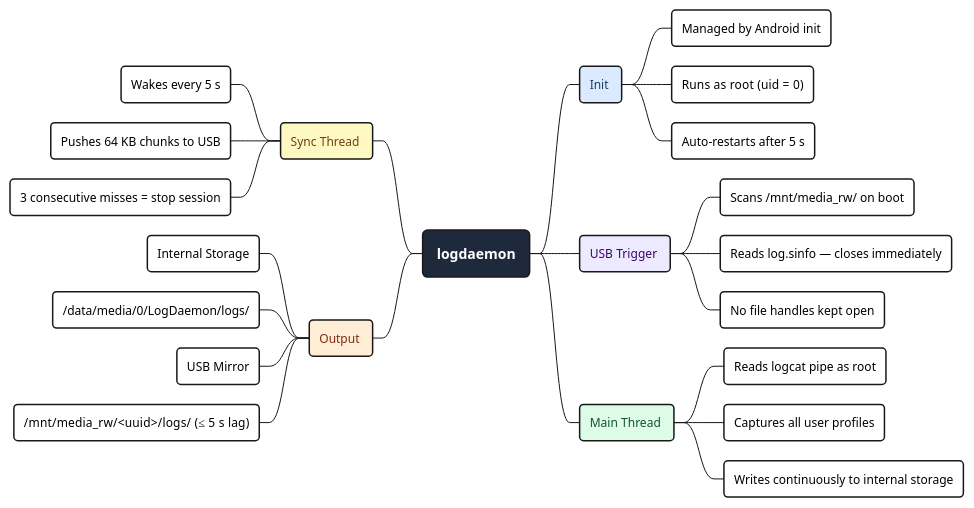
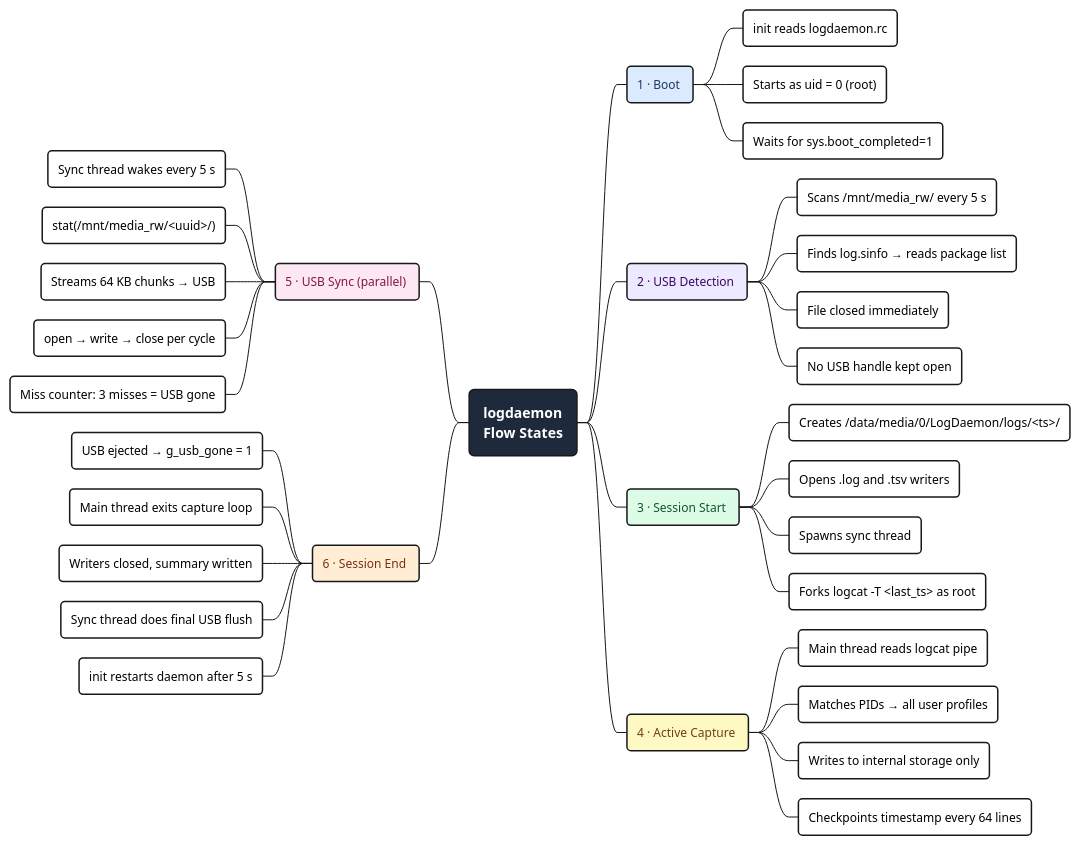
One commit to katnoriaaayush/Android-Logger changed the first of 3 diagrams in docs/logv4-init-daemon.md. Above: the diagram before and after it, drawn with PlantUML.

Commit message:
docs: restructure architecture mindmap as sequential flow states
Replace component-based mindmap branches with 6 numbered operational
phases (Boot → USB Detection → Session Start → Active Capture →
USB Sync → Session End) so the diagram conveys what happens and in
what order rather than just what components exist.

https://claude.ai/code/session_017UjXrA7gezLmRqn47XC1Z3

````diff
--- a/docs/logv4-init-daemon.md
+++ b/docs/logv4-init-daemon.md
@@ -41,27 +41,32 @@
     Padding 14
     RoundCorner 10
   }
-  .init {
+  .s1 {
     BackgroundColor #dbeafe
     BorderColor #3b82f6
     FontColor #1e3a5f
   }
-  .trigger {
+  .s2 {
     BackgroundColor #ede9fe
     BorderColor #7c3aed
     FontColor #3b0764
   }
-  .capture {
+  .s3 {
     BackgroundColor #dcfce7
     BorderColor #16a34a
     FontColor #14532d
   }
-  .sync {
+  .s4 {
     BackgroundColor #fef9c3
     BorderColor #ca8a04
     FontColor #713f12
   }
-  .output {
+  .s5 {
+    BackgroundColor #fce7f3
+    BorderColor #db2777
+    FontColor #831843
+  }
+  .s6 {
     BackgroundColor #ffedd5
     BorderColor #ea580c
     FontColor #7c2d12
@@ -69,33 +74,44 @@
 }
 </style>
 
-* logdaemon
+* logdaemon\nFlow States
 
-** Init <<init>>
-*** Managed by Android init
-*** Runs as root  (uid = 0)
-*** Auto-restarts after 5 s
+** 1 · Boot <<s1>>
+*** init reads logdaemon.rc
+*** Starts as uid = 0 (root)
+*** Waits for sys.boot_completed=1
 
-** USB Trigger <<trigger>>
-*** Scans /mnt/media_rw/ on boot
-*** Reads log.sinfo — closes immediately
-*** No file handles kept open
+** 2 · USB Detection <<s2>>
+*** Scans /mnt/media_rw/ every 5 s
+*** Finds log.sinfo → reads package list
+*** File closed immediately
+*** No USB handle kept open
 
-** Main Thread <<capture>>
-*** Reads logcat pipe as root
-*** Captures all user profiles
-*** Writes continuously to internal storage
+** 3 · Session Start <<s3>>
+*** Creates /data/media/0/LogDaemon/logs/<ts>/
+*** Opens .log and .tsv writers
+*** Spawns sync thread
+*** Forks logcat -T <last_ts> as root
 
--- Sync Thread <<sync>>
---- Wakes every 5 s
---- Pushes 64 KB chunks to USB
---- 3 consecutive misses = stop session
+** 4 · Active Capture <<s4>>
+*** Main thread reads logcat pipe
+*** Matches PIDs → all user profiles
+*** Writes to internal storage only
+*** Checkpoints timestamp every 64 lines
 
--- Output <<output>>
---- Internal Storage
---- /data/media/0/LogDaemon/logs/
---- USB Mirror
---- /mnt/media_rw/<uuid>/logs/  (≤ 5 s lag)
+-- 5 · USB Sync (parallel) <<s5>>
+--- Sync thread wakes every 5 s
+--- stat(/mnt/media_rw/<uuid>/)
+--- Streams 64 KB chunks → USB
+--- open → write → close per cycle
+--- Miss counter: 3 misses = USB gone
+
+-- 6 · Session End <<s6>>
+--- USB ejected → g_usb_gone = 1
+--- Main thread exits capture loop
+--- Writers closed, summary written
+--- Sync thread does final USB flush
+--- init restarts daemon after 5 s
 
 @endmindmap
 ```
````
